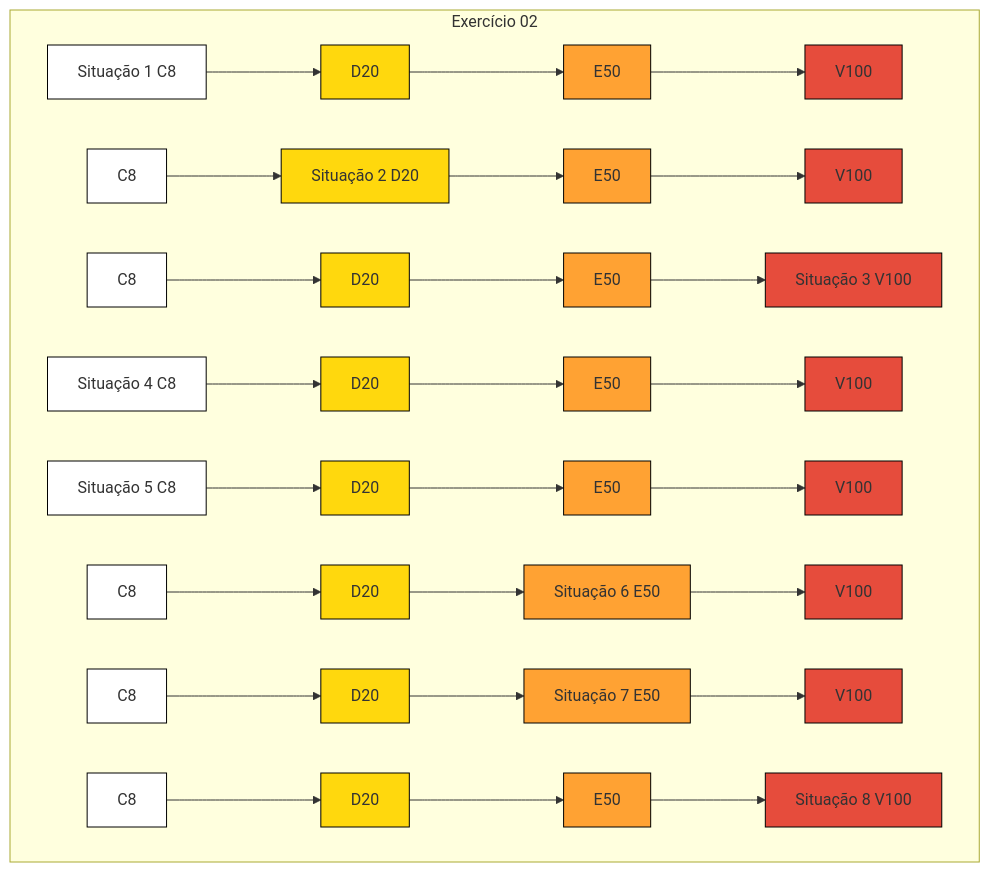
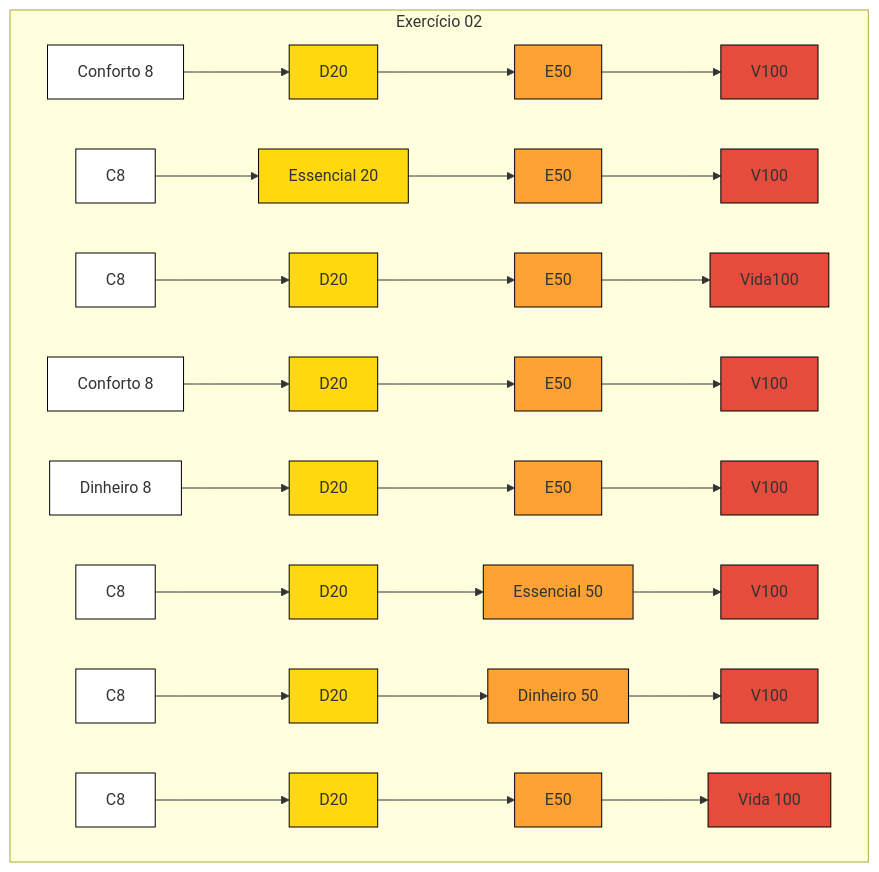
Before and after one commit to catypr/Metodo-Agil-Crystal: the second of 2 diagrams in README.md, drawn with Mermaid. The commit also changed other lines of this file, not shown here.

````diff
--- a/README.md
+++ b/README.md
@@ -23,20 +23,20 @@
 ```mermaid
 graph TD
   subgraph Exercício 02
-    A1["Situação 1 C8"]:::branco --> A2["D20"]:::amarelo --> A3["E50"]:::laranja --> A4["V100"]:::vermelho
-    B1["C8"]:::branco --> B2["Situação 2 D20"]:::amarelo --> B3["E50"]:::laranja --> B4["V100"]:::vermelho
-    C1["C8"]:::branco --> C2["D20"]:::amarelo --> C3["E50"]:::laranja --> C4["Situação 3 V100"]:::vermelho
-    D1["Situação 4 C8"]:::branco --> D2["D20"]:::amarelo --> D3["E50"]:::laranja --> D4["V100"]:::vermelho
-    E1["Situação 5 C8"]:::branco --> E2["D20"]:::amarelo --> E3["E50"]:::laranja --> E4["V100"]:::vermelho
-    F1["C8"]:::branco --> F2["D20"]:::amarelo --> F3["Situação 6 E50"]:::laranja --> F4["V100"]:::vermelho
-    G1["C8"]:::branco --> G2["D20"]:::amarelo --> G3["Situação 7 E50"]:::laranja --> G4["V100"]:::vermelho
-    H1["C8"]:::branco --> H2["D20"]:::amarelo --> H3["E50"]:::laranja --> H4["Situação 8 V100"]:::vermelho
+    A1["Conforto 8"]:::branco --> A2["D20"]:::amarelo --> A3["E50"]:::laranja --> A4["V100"]:::vermelho
+    B1["C8"]:::branco --> B2["Essencial 20"]:::amarelo --> B3["E50"]:::laranja --> B4["V100"]:::vermelho
+    C1["C8"]:::branco --> C2["D20"]:::amarelo --> C3["E50"]:::laranja --> C4["Vida100"]:::vermelho
+    D1["Conforto 8"]:::branco --> D2["D20"]:::amarelo --> D3["E50"]:::laranja --> D4["V100"]:::vermelho
+    E1["Dinheiro 8"]:::branco --> E2["D20"]:::amarelo --> E3["E50"]:::laranja --> E4["V100"]:::vermelho
+    F1["C8"]:::branco --> F2["D20"]:::amarelo --> F3["Essencial 50"]:::laranja --> F4["V100"]:::vermelho
+    G1["C8"]:::branco --> G2["D20"]:::amarelo --> G3["Dinheiro 50"]:::laranja --> G4["V100"]:::vermelho
+    H1["C8"]:::branco --> H2["D20"]:::amarelo --> H3["E50"]:::laranja --> H4["Vida 100"]:::vermelho
   end
  
   %% Definições de estilo
   classDef branco fill:#ffffff,stroke:#000,stroke-width:1px;
   classDef amarelo fill:#FFD80D,stroke:#000,stroke-width:1px;
   classDef laranja fill:#FFA233,stroke:#000,stroke-width:1px;
   classDef vermelho fill:#E64C3C,stroke:#000,stroke-width:1px;
  
 ```
````
